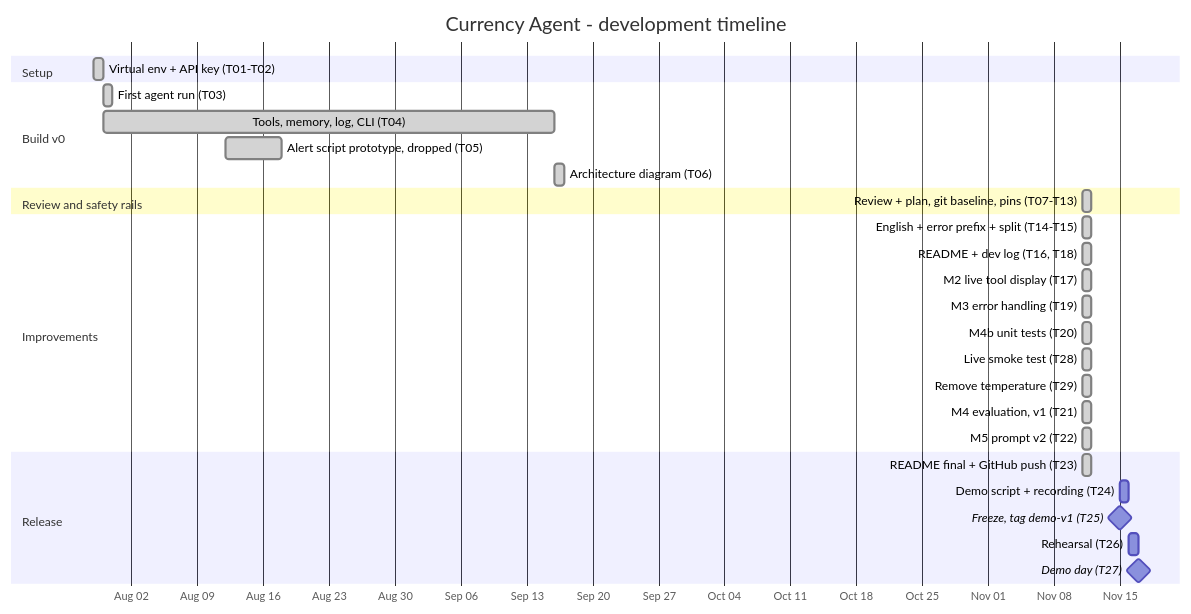
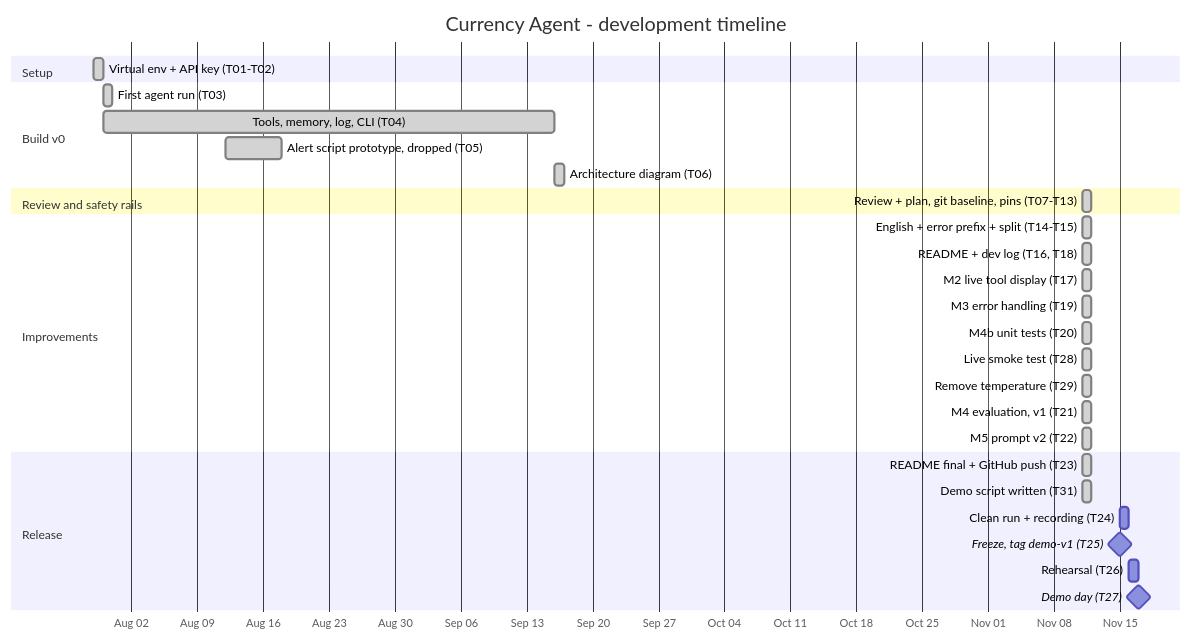
The diagram in docs/dev_log.md (falthackel/agentic-financial-monitoring-assistant), drawn with Mermaid before and after one commit. The commit also changed other lines of this file and 2 other files, not shown here.

Commit message:
docs: demo script (M6) with checklist, 6 questions, recording plan, fallbacks

````diff
--- a/docs/dev_log.md
+++ b/docs/dev_log.md
@@ -52,36 +53,37 @@
 ```mermaid
 gantt
     title Currency Agent - development timeline
     dateFormat YYYY-MM-DD
     axisFormat %b %d
 
     section Setup
     Virtual env + API key (T01-T02)          :done, t01, 2026-07-29, 1d
 
     section Build v0
     First agent run (T03)                    :done, t03, 2026-07-30, 1d
     Tools, memory, log, CLI (T04)            :done, t04, 2026-07-30, 2026-09-16
     Alert script prototype, dropped (T05)    :done, t05, 2026-08-12, 2026-08-18
     Architecture diagram (T06)               :done, t06, 2026-09-16, 1d
 
     section Review and safety rails
     Review + plan, git baseline, pins (T07-T13) :done, t07, 2026-11-11, 1d
 
     section Improvements
     English + error prefix + split (T14-T15) :done, t14, 2026-11-11, 1d
     README + dev log (T16, T18)              :done, t16, 2026-11-11, 1d
     M2 live tool display (T17)               :done, t17, 2026-11-11, 1d
     M3 error handling (T19)                  :done, t19, 2026-11-11, 1d
     M4b unit tests (T20)                     :done, t20, 2026-11-11, 1d
     Live smoke test (T28)                    :done, t28, 2026-11-11, 1d
     Remove temperature (T29)                 :done, t29, 2026-11-11, 1d
     M4 evaluation, v1 (T21)                  :done, t21, 2026-11-11, 1d
     M5 prompt v2 (T22)                       :done, t22, 2026-11-11, 1d
 
     section Release
     README final + GitHub push (T23)         :done, t23, 2026-11-11, 1d
-    Demo script + recording (T24)            :t24, 2026-11-15, 1d
+    Demo script written (T31)                :done, t31, 2026-11-11, 1d
+    Clean run + recording (T24)              :t24, 2026-11-15, 1d
     Freeze, tag demo-v1 (T25)                :milestone, t25, 2026-11-15, 0d
     Rehearsal (T26)                          :t26, 2026-11-16, 1d
     Demo day (T27)                     :milestone, t27, 2026-11-17, 0d
 ```
````
